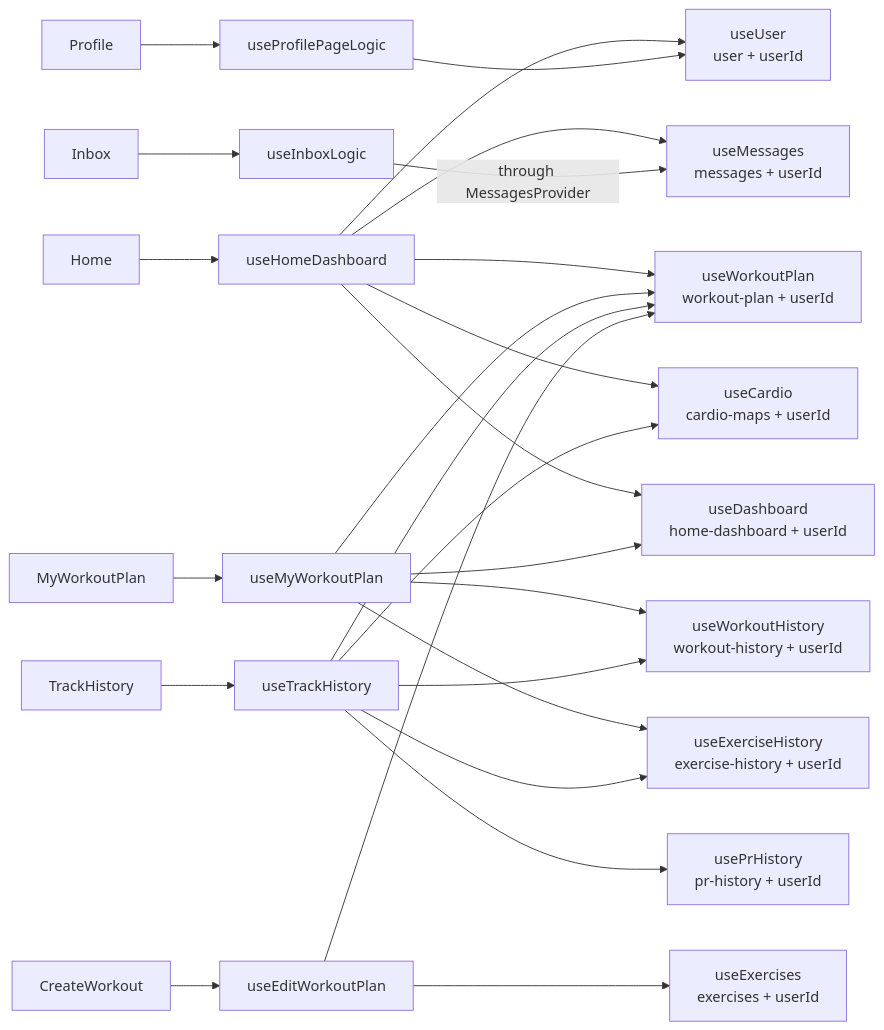
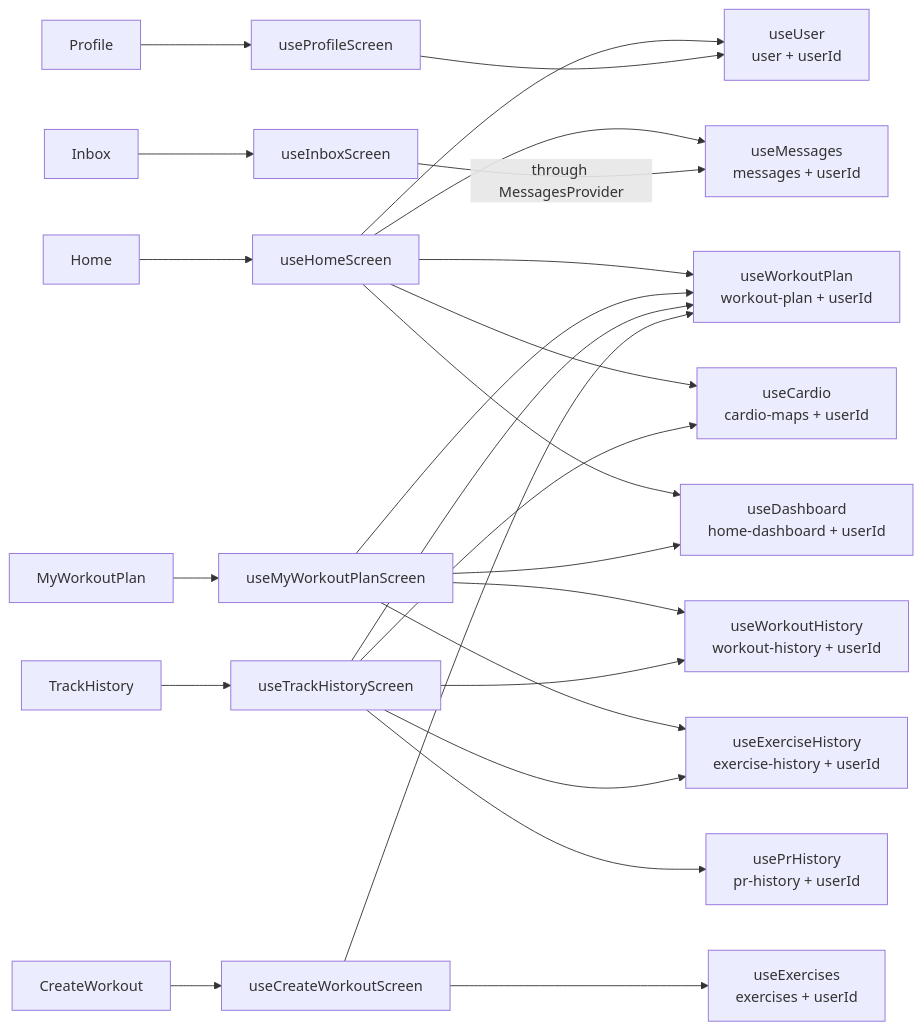
The seventh of 8 diagrams in docs/c4-architecture-overview.md (kobihanoch/Strong-Together-App), drawn with Mermaid before and after one commit. The commit also changed other lines of this file and 32 other files, not shown here.

````diff
--- a/docs/c4-architecture-overview.md
+++ b/docs/c4-architecture-overview.md
@@ -181,31 +181,31 @@
 ```mermaid
 flowchart LR
-  Home[Home] --> HL[useHomeDashboard]
-  Plan[MyWorkoutPlan] --> PL[useMyWorkoutPlan]
-  History[TrackHistory] --> THL[useTrackHistory]
-  Editor[CreateWorkout] --> EL[useEditWorkoutPlan]
-  Profile[Profile] --> PRL[useProfilePageLogic]
-  Inbox[Inbox] --> IL[useInboxLogic]
+  Home[Home] --> HL[useHomeScreen]
+  Plan[MyWorkoutPlan] --> PL[useMyWorkoutPlanScreen]
+  History[TrackHistory] --> THL[useTrackHistoryScreen]
+  Editor[CreateWorkout] --> EL[useCreateWorkoutScreen]
+  Profile[Profile] --> PRL[useProfileScreen]
+  Inbox[Inbox] --> IL[useInboxScreen]
 
   HL --> User[useUser<br/>user + userId]
   HL --> Msg[useMessages<br/>messages + userId]
   HL --> WP[useWorkoutPlan<br/>workout-plan + userId]
   HL --> Cardio[useCardio<br/>cardio-maps + userId]
   HL --> Dash[useDashboard<br/>home-dashboard + userId]
 
   PL --> WP
   PL --> WH[useWorkoutHistory<br/>workout-history + userId]
   PL --> EH[useExerciseHistory<br/>exercise-history + userId]
   PL --> Dash
 
   THL --> WH
   THL --> EH
   THL --> PRH[usePrHistory<br/>pr-history + userId]
   THL --> WP
   THL --> Cardio
 
   EL --> WP
   EL --> EX[useExercises<br/>exercises + userId]
   PRL --> User
   IL -->|through MessagesProvider| Msg
 ```
````
